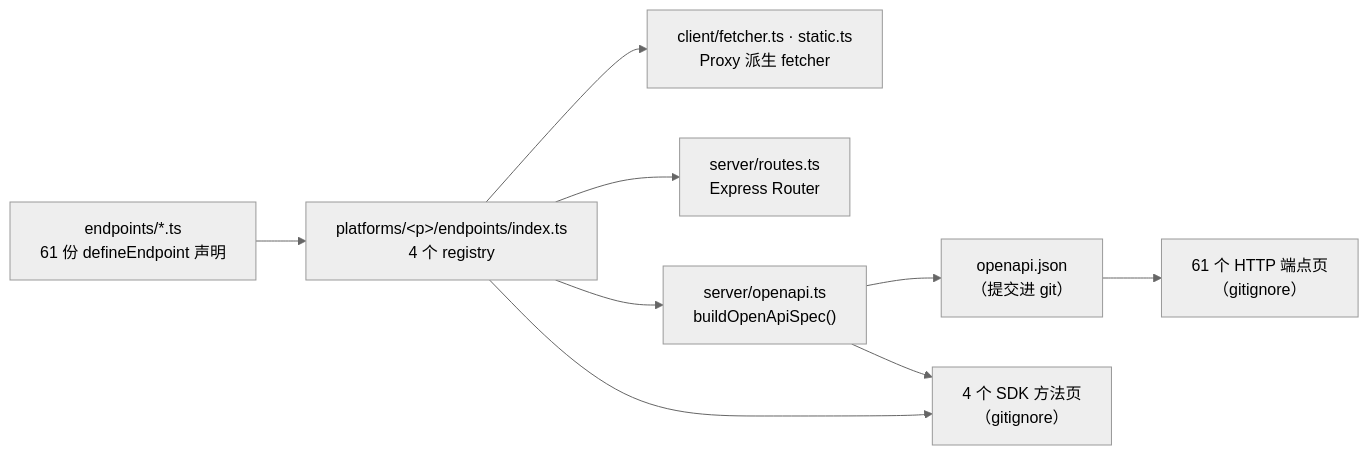
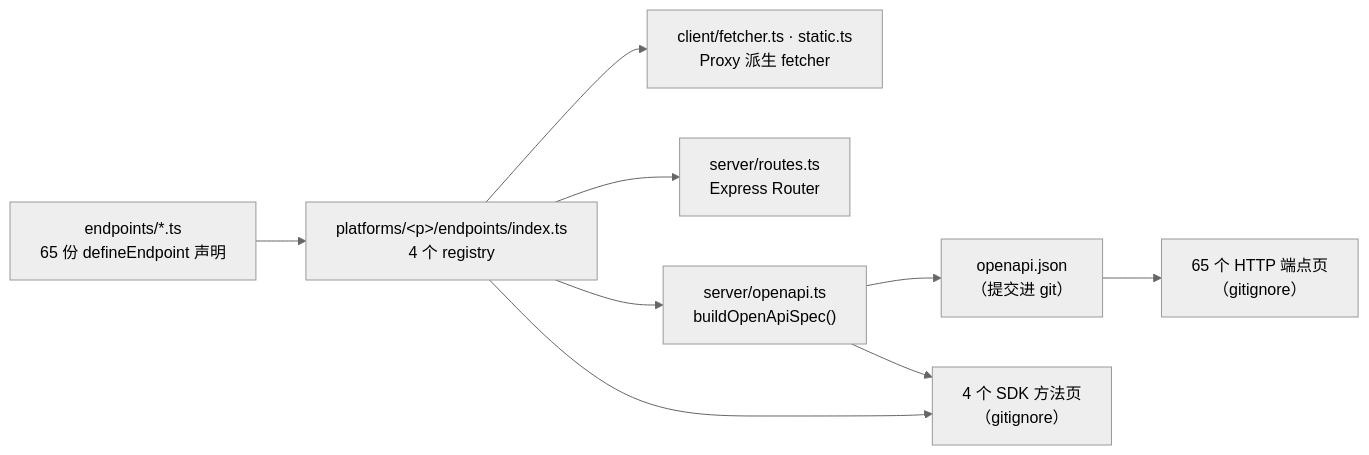
The diagram in packages/docs/content/docs/v7/dev/internals/registry.mdx (ikenxuan/amagi), drawn with Mermaid (neutral theme) before and after one commit. The commit also changed other lines of this file and 77 other files, not shown here.

````diff
--- a/packages/docs/content/docs/v7/dev/internals/registry.mdx
+++ b/packages/docs/content/docs/v7/dev/internals/registry.mdx
@@ -72,19 +73,19 @@
 ```mermaid
 flowchart LR
-  D["endpoints/*.ts<br/>61 份 defineEndpoint 声明"]
+  D["endpoints/*.ts<br/>65 份 defineEndpoint 声明"]
   R["platforms/&lt;p&gt;/endpoints/index.ts<br/>4 个 registry"]
   F["client/fetcher.ts · static.ts<br/>Proxy 派生 fetcher"]
   S["server/routes.ts<br/>Express Router"]
   O["server/openapi.ts<br/>buildOpenApiSpec()"]
   J["openapi.json<br/>（提交进 git）"]
-  H["61 个 HTTP 端点页<br/>（gitignore）"]
+  H["65 个 HTTP 端点页<br/>（gitignore）"]
   K["4 个 SDK 方法页<br/>（gitignore）"]
   D --> R
   R --> F
   R --> S
   R --> O
   O --> J
   J --> H
   R --> K
   O --> K
 ```
````
